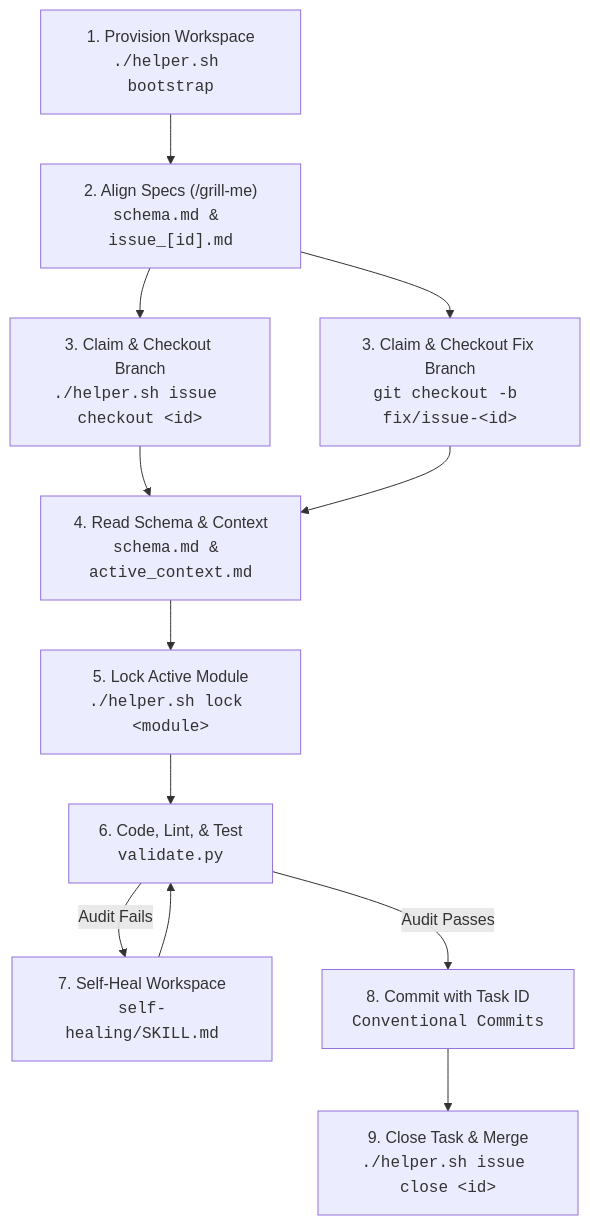
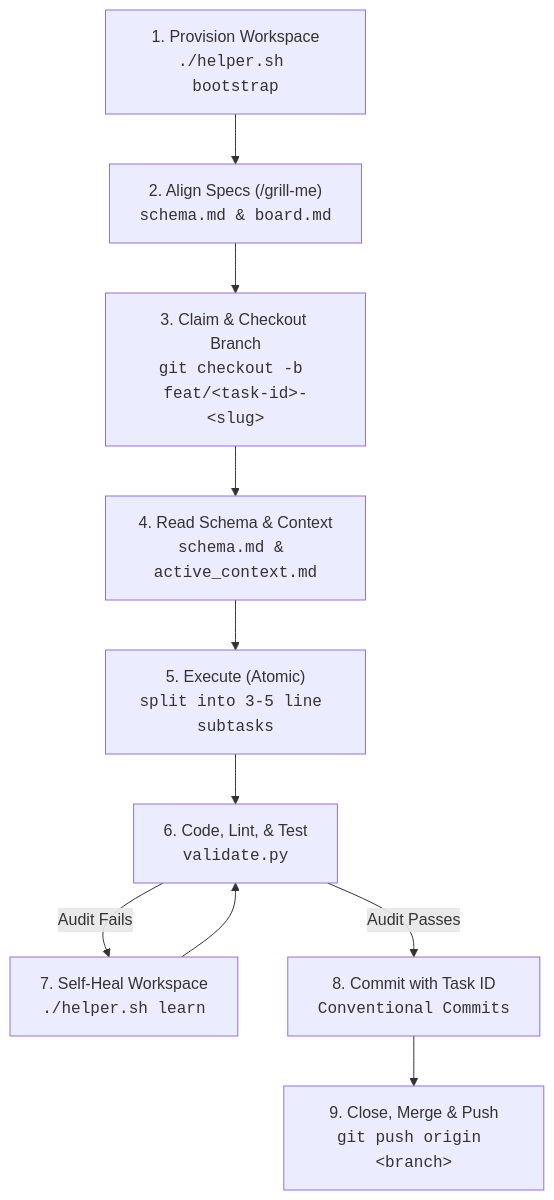
Before and after one commit to rafaelghif/antigravity-agents: the diagram in README.md, drawn with Mermaid. The commit also changed other lines of this file, not shown here.

Commit message:
docs: update readme with v3 architecture and mermaid
Task ID: issue-380
Refs: issue-380
Compliance-Audit: passed

Refs: issue-380-update-readme-architecture

````diff
--- a/README.md
+++ b/README.md
@@ -39,14 +39,12 @@
 ```mermaid
 flowchart TD
-    A["1. Provision Workspace<br><code>./helper.sh bootstrap</code>"] --> B["2. Align Specs (/grill-me)<br><code>schema.md & issue_[id].md</code>"]
-    B --> C["3. Claim & Checkout Branch<br><code>./helper.sh issue checkout &lt;id&gt;</code>"]
-    B --> C_Fix["3. Claim & Checkout Fix Branch<br><code>git checkout -b fix/issue-&lt;id&gt;</code>"]
+    A["1. Provision Workspace<br><code>./helper.sh bootstrap</code>"] --> B["2. Align Specs (/grill-me)<br><code>schema.md & board.md</code>"]
+    B --> C["3. Claim & Checkout Branch<br><code>git checkout -b feat/&lt;task-id&gt;-&lt;slug&gt;</code>"]
     C --> D["4. Read Schema & Context<br><code>schema.md & active_context.md</code>"]
-    C_Fix --> D
-    D --> E["5. Lock Active Module<br><code>./helper.sh lock &lt;module&gt;</code>"]
+    D --> E["5. Execute (Atomic)<br><code>split into 3-5 line subtasks</code>"]
     E --> F["6. Code, Lint, &amp; Test<br><code>validate.py</code>"]
-    F -- "Audit Fails" --> G["7. Self-Heal Workspace<br><code>self-healing/SKILL.md</code>"]
+    F -- "Audit Fails" --> G["7. Self-Heal Workspace<br><code>./helper.sh learn</code>"]
     G --> F
     F -- "Audit Passes" --> H["8. Commit with Task ID<br><code>Conventional Commits</code>"]
-    H --> I["9. Close Task &amp; Merge<br><code>./helper.sh issue close &lt;id&gt;</code>"]
+    H --> I["9. Close, Merge &amp; Push<br><code>git push origin &lt;branch&gt;</code>"]
 ```
````
